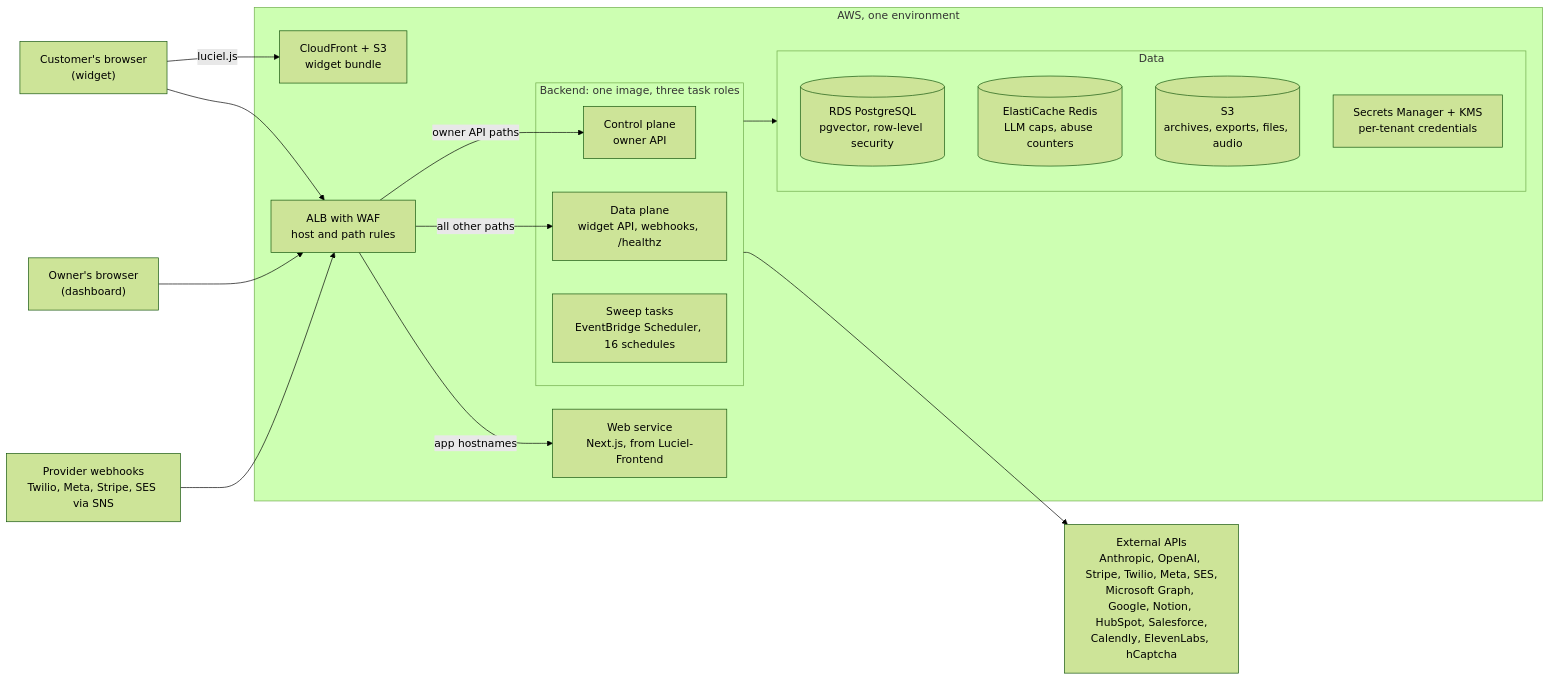
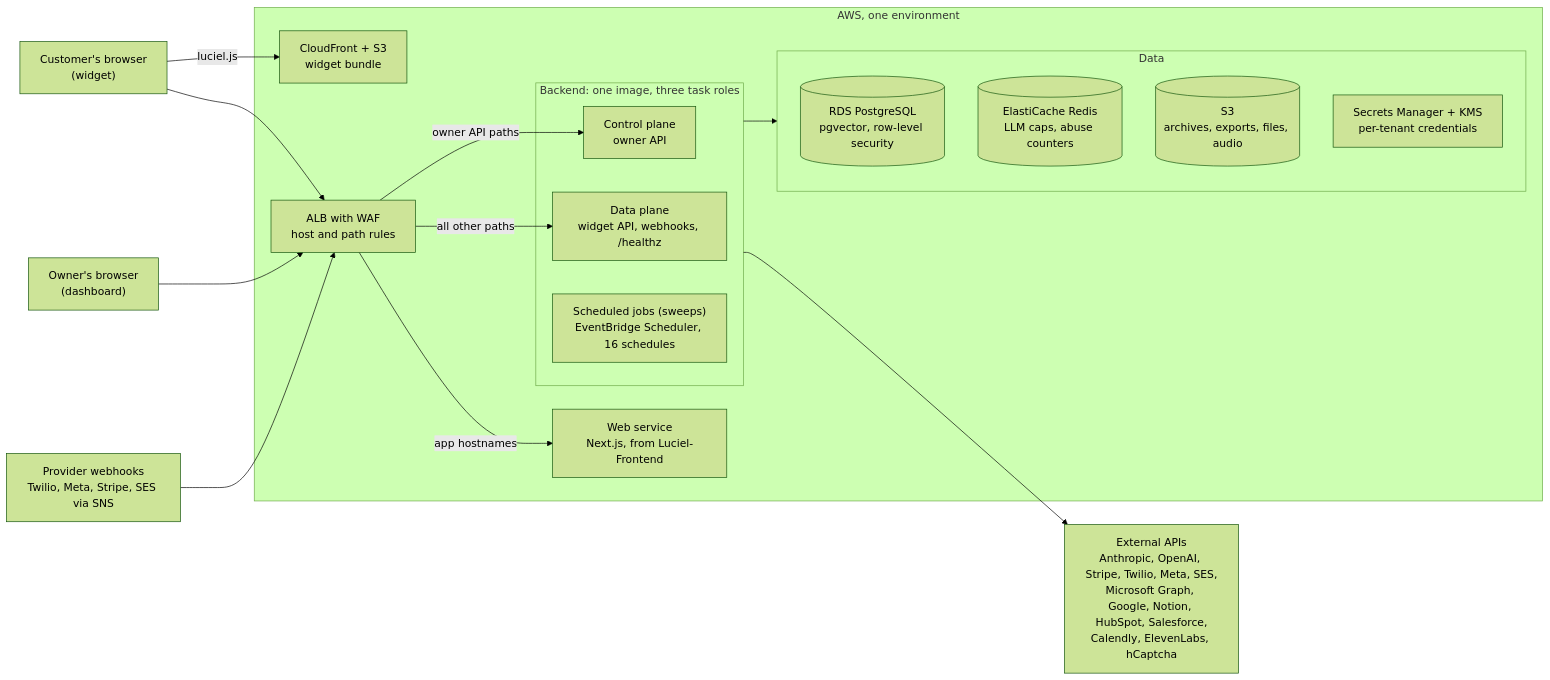
The diagram in README.md (aryanonline/Luciel-Backend), drawn with Mermaid (forest theme) before and after one commit. The commit also changed other lines of this file, not shown here.

````diff
--- a/README.md
+++ b/README.md
@@ -48,32 +54,32 @@
 ```mermaid
 flowchart LR
     visitor["Customer's browser<br/>(widget)"]
     owner["Owner's browser<br/>(dashboard)"]
     hooks["Provider webhooks<br/>Twilio, Meta, Stripe, SES via SNS"]
     subgraph aws ["AWS, one environment"]
         cdn["CloudFront + S3<br/>widget bundle"]
         alb["ALB with WAF<br/>host and path rules"]
         web["Web service<br/>Next.js, from Luciel-Frontend"]
         subgraph backend ["Backend: one image, three task roles"]
             cp["Control plane<br/>owner API"]
             dp["Data plane<br/>widget API, webhooks, /healthz"]
-            sweeps["Sweep tasks<br/>EventBridge Scheduler, 16 schedules"]
+            sweeps["Scheduled jobs (sweeps)<br/>EventBridge Scheduler, 16 schedules"]
         end
         subgraph stores ["Data"]
             rds[("RDS PostgreSQL<br/>pgvector, row-level security")]
             redis[("ElastiCache Redis<br/>LLM caps, abuse counters")]
             s3[("S3<br/>archives, exports, files, audio")]
             secrets["Secrets Manager + KMS<br/>per-tenant credentials"]
         end
     end
     ext["External APIs<br/>Anthropic, OpenAI, Stripe, Twilio, Meta, SES,<br/>Microsoft Graph, Google, Notion, HubSpot, Salesforce,<br/>Calendly, ElevenLabs, hCaptcha"]
     visitor -->|luciel.js| cdn
     visitor --> alb
     owner --> alb
     hooks --> alb
     alb -->|app hostnames| web
     alb -->|owner API paths| cp
     alb -->|all other paths| dp
     backend --> stores
     backend --> ext
 ```
````
